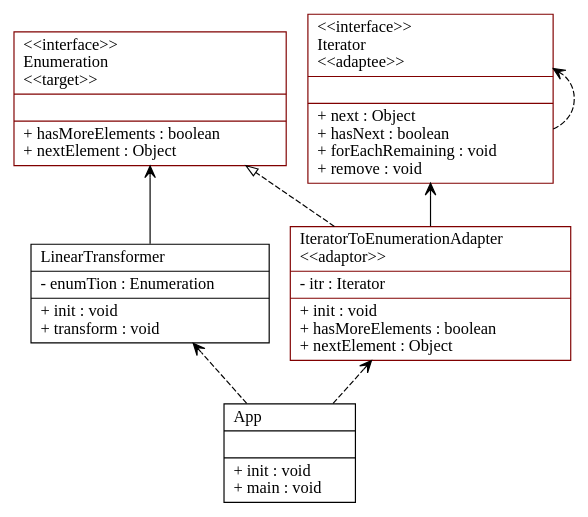
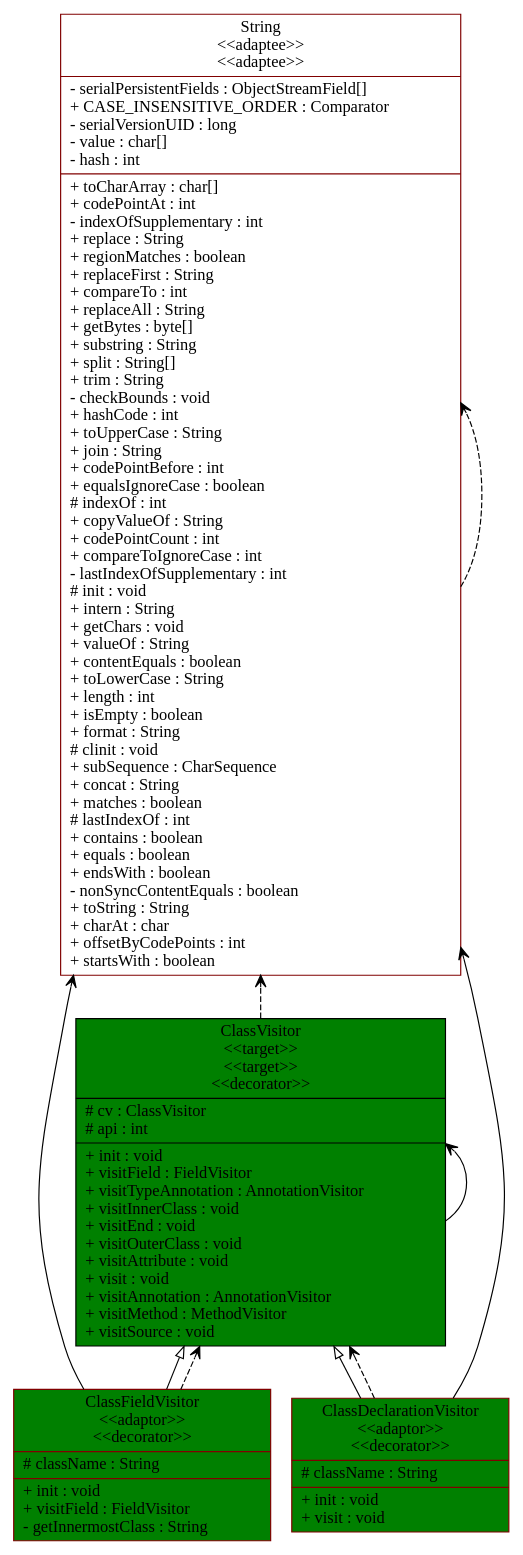
Before and after one commit to cbudo/UMLCreator: the diagram in graph_text/generated_graph.gv, drawn with Graphviz. The commit also changed 30 other files, not shown here.

```diff
--- a/graph_text/generated_graph.gv
+++ b/graph_text/generated_graph.gv
@@ -1,49 +1,103 @@
 digraph UML_Diagram
 {
 rankdir=BT;
 
-IteratorToEnumerationAdapter [
-shape = "record", color="maroon",
-label = "{IteratorToEnumerationAdapter\l\<\<adaptor\>\>\l|
-- itr : Iterator\l
+ClassFieldVisitor [
+shape = "record", color="maroon", fillcolor=green, style=filled,
+label = "{ClassFieldVisitor\n\<\<adaptor\>\>\n\<\<decorator\>\>\n|
+# className : String\l
 |+ init : void\l
-+ hasMoreElements : boolean\l
-+ nextElement : Object\l
++ visitField : FieldVisitor\l
+- getInnermostClass : String\l
 }"];
-IteratorToEnumerationAdapter -> Enumeration [arrowhead="onormal", style="dashed"];
+ClassFieldVisitor -> ClassVisitor [arrowhead="onormal", style="solid"];
 
-App [
-shape = "record", color="black",
-label = "{App\l|
+ClassDeclarationVisitor [
+shape = "record", color="maroon", fillcolor=green, style=filled,
+label = "{ClassDeclarationVisitor\n\<\<adaptor\>\>\n\<\<decorator\>\>\n|
+# className : String\l
 |+ init : void\l
-+ main : void\l
++ visit : void\l
+}"];
+ClassDeclarationVisitor -> ClassVisitor [arrowhead="onormal", style="solid"];
+
+String [
+shape = "record", color="maroon", fillcolor=white, style=filled,
+label = "{String\n\<\<adaptee\>\>\n\<\<adaptee\>\>\n|
+- serialPersistentFields : ObjectStreamField[]\l
++ CASE_INSENSITIVE_ORDER : Comparator\l
+- serialVersionUID : long\l
+- value : char[]\l
+- hash : int\l
+|+ toCharArray : char[]\l
++ codePointAt : int\l
+- indexOfSupplementary : int\l
++ replace : String\l
++ regionMatches : boolean\l
++ replaceFirst : String\l
++ compareTo : int\l
++ replaceAll : String\l
++ getBytes : byte[]\l
++ substring : String\l
++ split : String[]\l
++ trim : String\l
+- checkBounds : void\l
++ hashCode : int\l
++ toUpperCase : String\l
++ join : String\l
++ codePointBefore : int\l
++ equalsIgnoreCase : boolean\l
+# indexOf : int\l
++ copyValueOf : String\l
++ codePointCount : int\l
++ compareToIgnoreCase : int\l
+- lastIndexOfSupplementary : int\l
+# init : void\l
++ intern : String\l
++ getChars : void\l
++ valueOf : String\l
++ contentEquals : boolean\l
++ toLowerCase : String\l
++ length : int\l
++ isEmpty : boolean\l
++ format : String\l
+# clinit : void\l
++ subSequence : CharSequence\l
++ concat : String\l
++ matches : boolean\l
+# lastIndexOf : int\l
++ contains : boolean\l
++ equals : boolean\l
++ endsWith : boolean\l
+- nonSyncContentEquals : boolean\l
++ toString : String\l
++ charAt : char\l
++ offsetByCodePoints : int\l
++ startsWith : boolean\l
 }"];
 
-LinearTransformer [
-shape = "record", color="black",
-label = "{LinearTransformer\l|
-- enumTion : Enumeration\l
+ClassVisitor [
+shape = "record", fillcolor=green, style=filled,
+label = "{ClassVisitor\n\<\<target\>\>\n\<\<target\>\>\n\<\<decorator\>\>\n|# cv : ClassVisitor\l
+# api : int\l
 |+ init : void\l
-+ transform : void\l
++ visitField : FieldVisitor\l
++ visitTypeAnnotation : AnnotationVisitor\l
++ visitInnerClass : void\l
++ visitEnd : void\l
++ visitOuterClass : void\l
++ visitAttribute : void\l
++ visit : void\l
++ visitAnnotation : AnnotationVisitor\l
++ visitMethod : MethodVisitor\l
++ visitSource : void\l
 }"];
-
-Iterator [
-shape = "record", color="maroon",
-label = "{\<\<interface\>\>\lIterator\l\<\<adaptee\>\>\l||+ next : Object\l
-+ hasNext : boolean\l
-+ forEachRemaining : void\l
-+ remove : void\l
-}"];
-
-Enumeration [
-shape = "record", color="maroon",
-label = "{\<\<interface\>\>\lEnumeration\l\<\<target\>\>\l||+ hasMoreElements : boolean\l
-+ nextElement : Object\l
-}"];
-App -> IteratorToEnumerationAdapter [arrowhead="vee", style="dashed"];
-App -> LinearTransformer [arrowhead="vee", style="dashed"];
-Iterator -> Iterator [arrowhead="vee", style="dashed"];
-IteratorToEnumerationAdapter -> Iterator [arrowhead="vee", style="solid"];
-LinearTransformer -> Enumeration [arrowhead="vee", style="solid"];
+ClassDeclarationVisitor -> ClassVisitor [arrowhead="vee", style="dashed"];
+ClassFieldVisitor -> ClassVisitor [arrowhead="vee", style="dashed"];
+ClassVisitor -> String [arrowhead="vee", style="dashed"];
+String -> String [arrowhead="vee", style="dashed"];
+ClassDeclarationVisitor -> String [arrowhead="vee", style="solid"];
+ClassFieldVisitor -> String [arrowhead="vee", style="solid"];
+ClassVisitor -> ClassVisitor [arrowhead="vee", style="solid"];
 
 }
```
